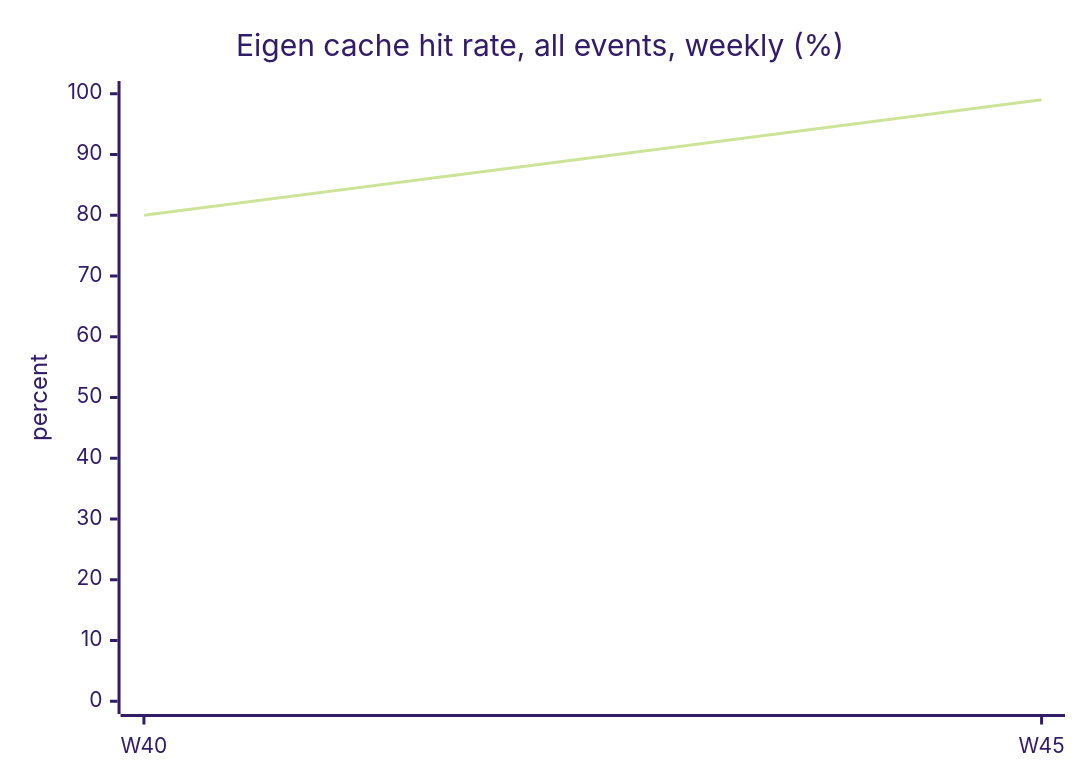
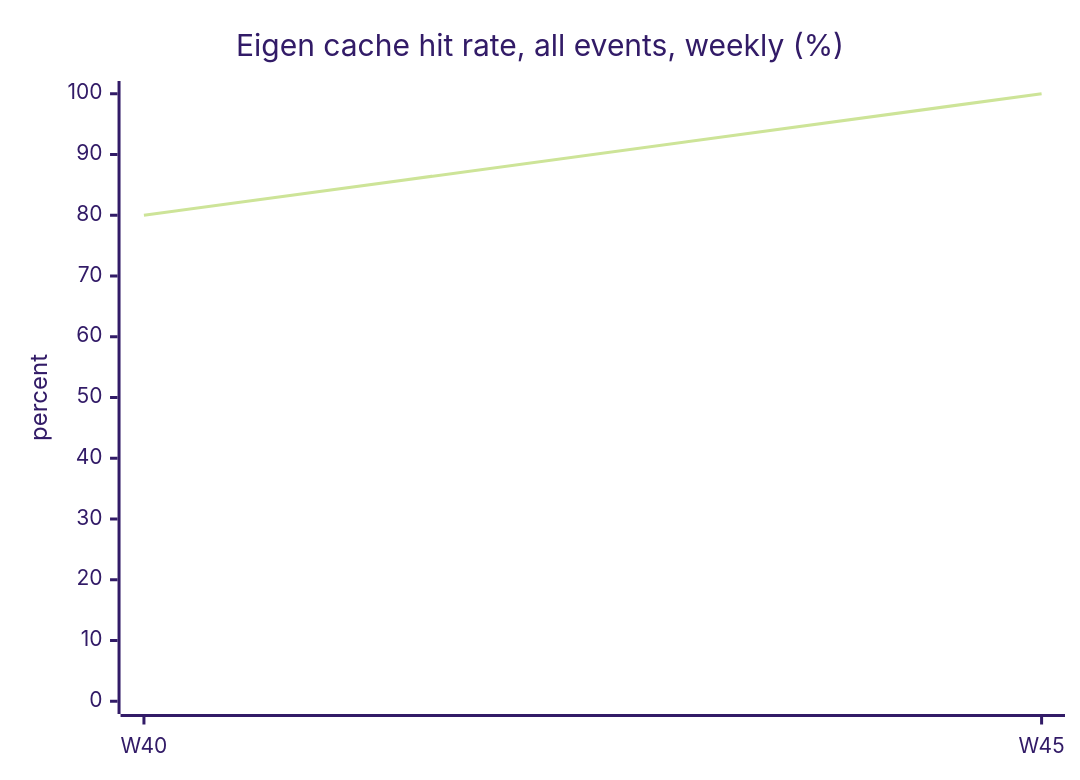
Before and after one commit to MolarVerse/PQ: the fourth of 4 diagrams in .github/ci-metrics/data/CI_TIMINGS.md, drawn with Mermaid (forest theme). The commit also changed other lines of this file and 1 other file, not shown here.

````diff
--- a/.github/ci-metrics/data/CI_TIMINGS.md
+++ b/.github/ci-metrics/data/CI_TIMINGS.md
@@ -385,7 +390,7 @@
 ```mermaid
 xychart-beta
     title "Eigen cache hit rate, all events, weekly (%)"
     x-axis ["W40", "W45"]
     y-axis "percent" 0 --> 100
-    line [80, 99]
+    line [80, 100]
 ```
````
